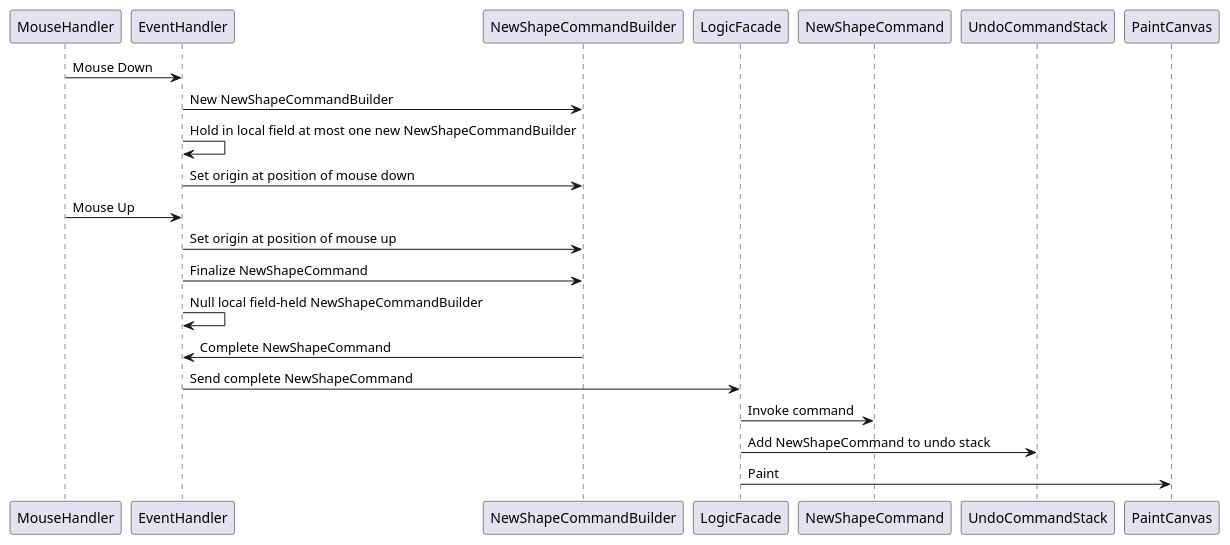
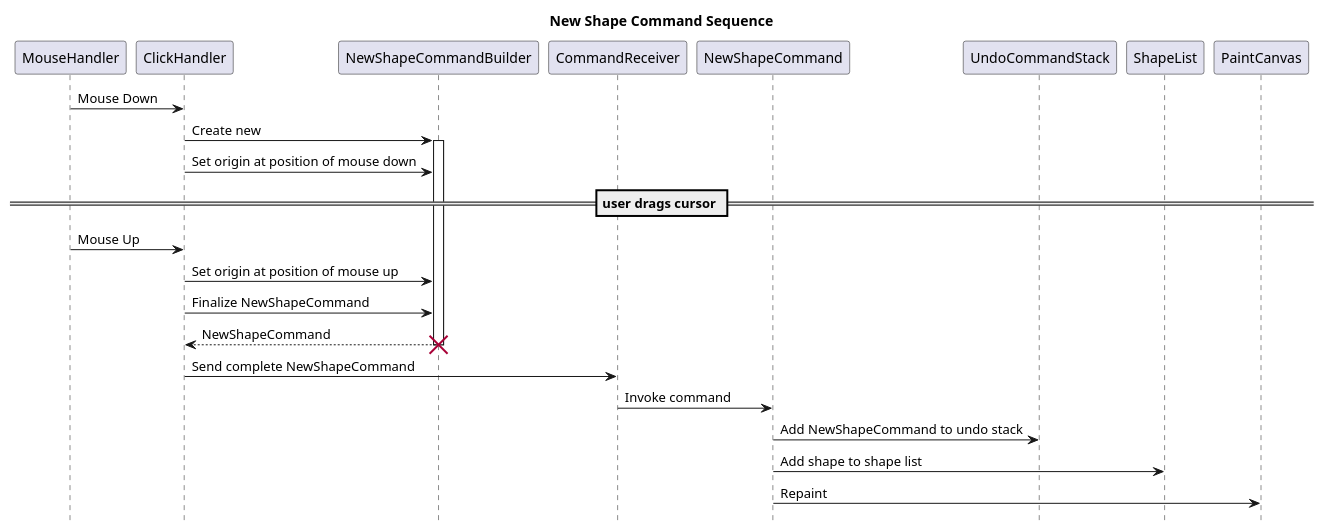
One commit to johnsmillie-portfolio/SE450-JPaint changed the diagram in documentation/new shape sequence diagram.plantuml. Above: the diagram before and after it, drawn with PlantUML.

Commit message:
diagram for addnewshapecommand implemented.

```diff
--- a/documentation/new shape sequence diagram.plantuml
+++ b/documentation/new shape sequence diagram.plantuml
@@ -1,15 +1,20 @@
 @startuml Command Sequence
-MouseHandler -> EventHandler: Mouse Down
-EventHandler -> NewShapeCommandBuilder: New NewShapeCommandBuilder
-EventHandler -> EventHandler: Hold in local field at most one new NewShapeCommandBuilder
-EventHandler -> NewShapeCommandBuilder: Set origin at position of mouse down
-MouseHandler -> EventHandler: Mouse Up
-EventHandler -> NewShapeCommandBuilder: Set origin at position of mouse up
-EventHandler -> NewShapeCommandBuilder: Finalize NewShapeCommand
-EventHandler -> EventHandler: Null local field-held NewShapeCommandBuilder
-NewShapeCommandBuilder -> EventHandler: Complete NewShapeCommand
-EventHandler -> LogicFacade: Send complete NewShapeCommand
-LogicFacade -> NewShapeCommand: Invoke command
-LogicFacade -> UndoCommandStack: Add NewShapeCommand to undo stack
-LogicFacade -> PaintCanvas: Paint
+title New Shape Command Sequence
+hide footbox
+
+MouseHandler -> ClickHandler: Mouse Down
+ClickHandler -> NewShapeCommandBuilder: Create new
+activate NewShapeCommandBuilder
+ClickHandler -> NewShapeCommandBuilder: Set origin at position of mouse down
+== user drags cursor ==        
+MouseHandler -> ClickHandler: Mouse Up
+ClickHandler -> NewShapeCommandBuilder: Set origin at position of mouse up
+ClickHandler -> NewShapeCommandBuilder: Finalize NewShapeCommand
+return NewShapeCommand
+destroy NewShapeCommandBuilder
+ClickHandler -> CommandReceiver: Send complete NewShapeCommand
+CommandReceiver -> NewShapeCommand: Invoke command
+NewShapeCommand -> UndoCommandStack: Add NewShapeCommand to undo stack
+NewShapeCommand -> ShapeList: Add shape to shape list
+NewShapeCommand -> PaintCanvas: Repaint
 @enduml
```
